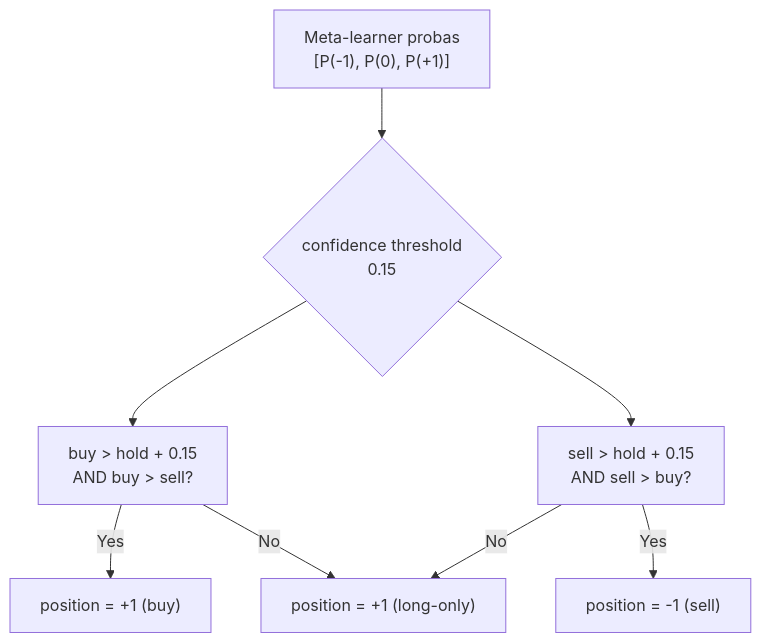
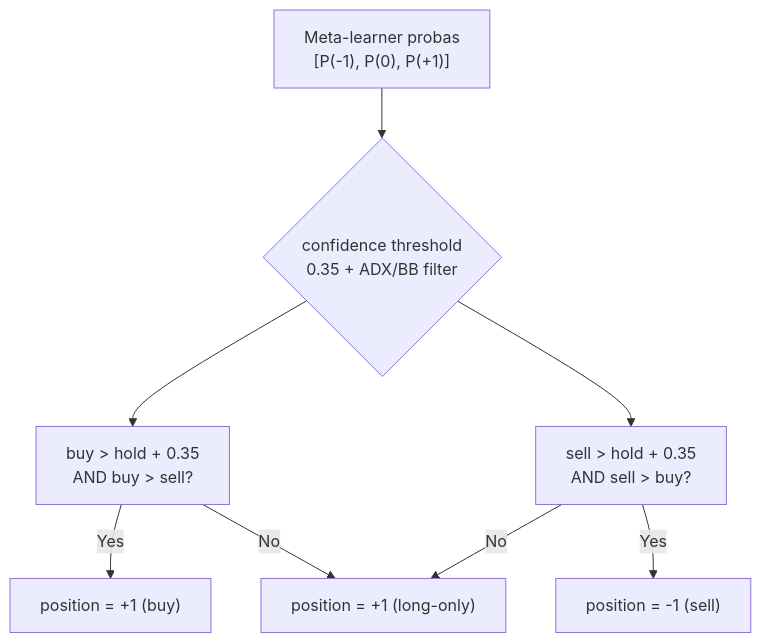
Before and after one commit to ultimateBroK/thesis-compact: the second of 4 diagrams in docs/backtest-evaluation.md, drawn with Mermaid. The commit also changed other lines of this file and 7 other files, not shown here.

````diff
--- a/docs/backtest-evaluation.md
+++ b/docs/backtest-evaluation.md
@@ -34,10 +34,10 @@
 ```mermaid
 flowchart TD
-    A["Meta-learner probas<br/>[P(-1), P(0), P(+1)]"] --> B{confidence threshold<br/>0.15}
-    B --> C["buy > hold + 0.15 <br/>AND buy > sell?"]
-    B --> D["sell > hold + 0.15 <br/>AND sell > buy?"]
+    A["Meta-learner probas<br/>[P(-1), P(0), P(+1)]"] --> B{confidence threshold<br/>0.35 + ADX/BB filter}
+    B --> C["buy > hold + 0.35 <br/>AND buy > sell?"]
+    B --> D["sell > hold + 0.35 <br/>AND sell > buy?"]
     C -->|"Yes"| E["position = +1 (buy)"]
     D -->|"Yes"| F["position = -1 (sell)"]
     C -->|"No"| G["position = +1 (long-only)"]
     D -->|"No"| G
 ```
````
